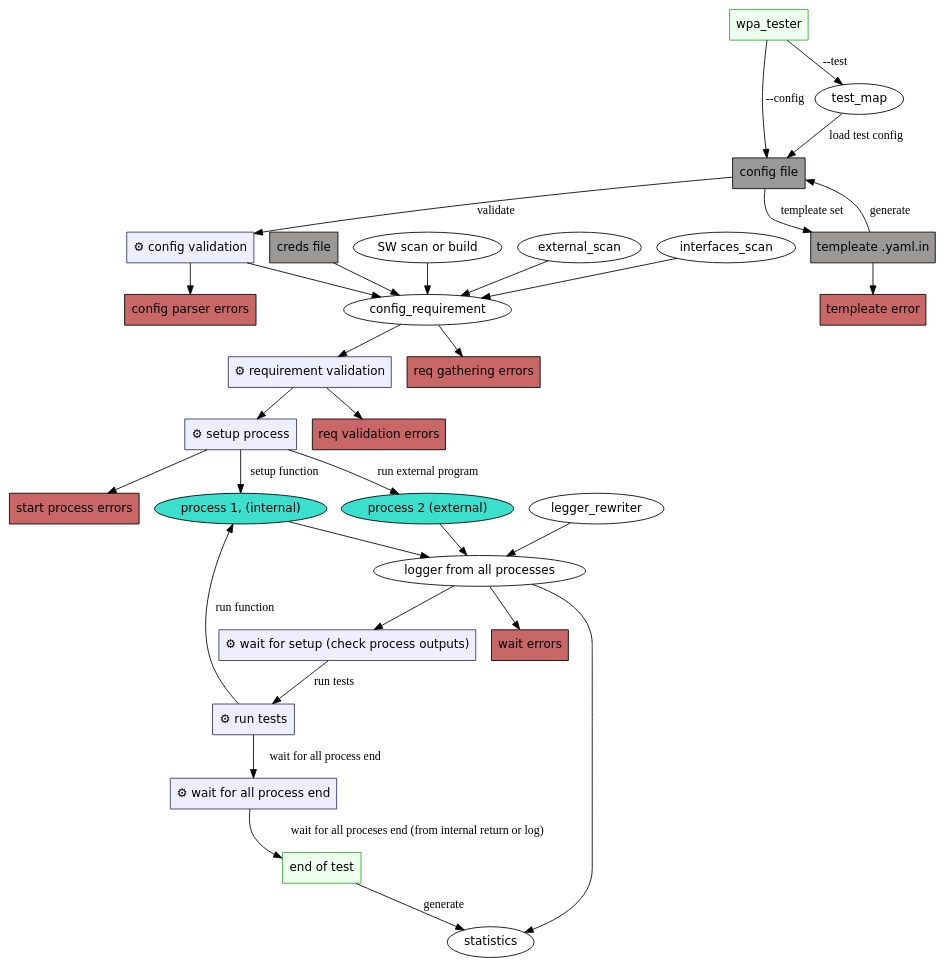
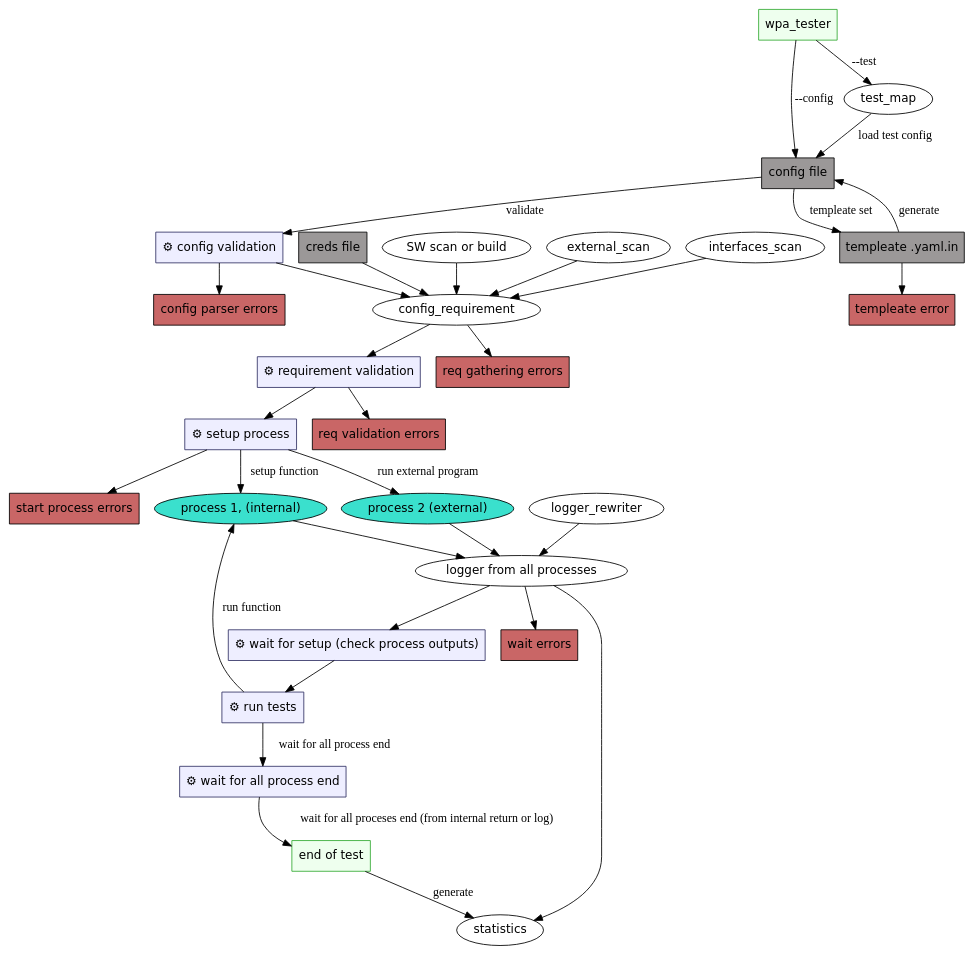
The diagram in doc/config/one_test.dot (Omelug/wpa3_tester), drawn with Graphviz before and after one commit. The commit also changed 21 other files, not shown here.

```diff
--- a/doc/config/one_test.dot
+++ b/doc/config/one_test.dot
@@ -1,124 +1,124 @@
 digraph {
     //rankdir=LR;
     node [fontname="DejaVu Sans"];
 
     { // processes
         node [
             shape=rectangle,
             style=filled,
             fillcolor="#EEEEFF",
             color="#333366",
             label="⚙ settings",
         ];
         config_validation[label="⚙ config validation"];
         req_validation[label="⚙ requirement validation"];
         start_processes[label="⚙ setup process"];
         wait_for_setup[label="⚙ wait for setup (check process outputs)"];
         run_tests[label="⚙ run tests"];
         wait_for_all_process_end[label="⚙ wait for all process end"];
     }
     { // errors
         node [
             shape=rectangle,
             style=filled,
             fillcolor="#c96666",
             label="error",
         ];
         var_not_found_error[label="templeate error"];
         parser_error[label="config parser errors"];
         req_gather_error[label="req gathering errors"];
         req_val_error[label="req validation errors"];
         start_process_error[label="start process errors"];
         wait_process_error[label="wait errors"];
     }
     { // files
         node [
             shape=rectangle,
             style=filled,
             fillcolor="#9b9898",
             label="file",
         ];
         creds[label="creds file"];
         configfile[label="config file"];
         templeates[label="templeate .yaml.in"];
 
     }
 
     // start
     wpa_tester[
         shape=rectangle,
         color="#33aa33",
         style=filled,
         fillcolor="#eeffee",
         label="wpa_tester"
     ];
 
     wpa_tester -> configfile [label="--config"];
     wpa_tester -> test_map[label="--test"];
     test_map -> configfile [label="load test config"];
 
     configfile -> templeates [label="templeate set"];
     templeates -> var_not_found_error;
     templeates -> configfile [label="generate"];
 
     configfile -> config_validation [label="validate"];
     config_validation -> parser_error;
 
 
     config_validation ->config_requirement;
     creds ->config_requirement;
 
     SW_scan_or_build[label="SW scan or build"];
     external_scan ->config_requirement;
     interfaces_scan ->config_requirement;
     SW_scan_or_build ->config_requirement;
     config_requirement -> req_gather_error;
 
     config_requirement -> req_validation;
     req_validation -> req_val_error;
 
     req_validation->start_processes;
     start_processes -> start_process_error;
 
      { // example processes
         node [
             style=filled,
             fillcolor="#3ae0cd",
             label="file",
         ];
         example_process_1[label="process 1, (internal)"];
         example_process_2[label="process 2 (external)"];
     }
     start_processes -> example_process_1[label="setup function"];
     start_processes -> example_process_2 [label="run external program"];
 
     example_process_1 -> log;
 
     { //log
         node [
             style=filled,
             fillcolor="#6ea4d3",
             label="log",
         ];
         log[label="logger from all processes"];
     }
-    legger_rewriter->log;
+    logger_rewriter->log;
     example_process_2 -> log;
     log -> wait_process_error;
     log -> wait_for_setup;
 
 
-    wait_for_setup -> run_tests[label="run tests"];
+    wait_for_setup -> run_tests;
     run_tests -> example_process_1 [label ="run function"];
     run_tests ->wait_for_all_process_end[label="wait for all process end"];
     wait_for_all_process_end -> end_of_test[label="wait for all proceses end (from internal return or log)"];
     end_of_test[
         shape=rectangle,
         color="#33aa33",
         style=filled,
         fillcolor="#eeffee",
         label="end of test"
     ];
     end_of_test -> statistics[label="generate"];
     log -> statistics;
 }
```
